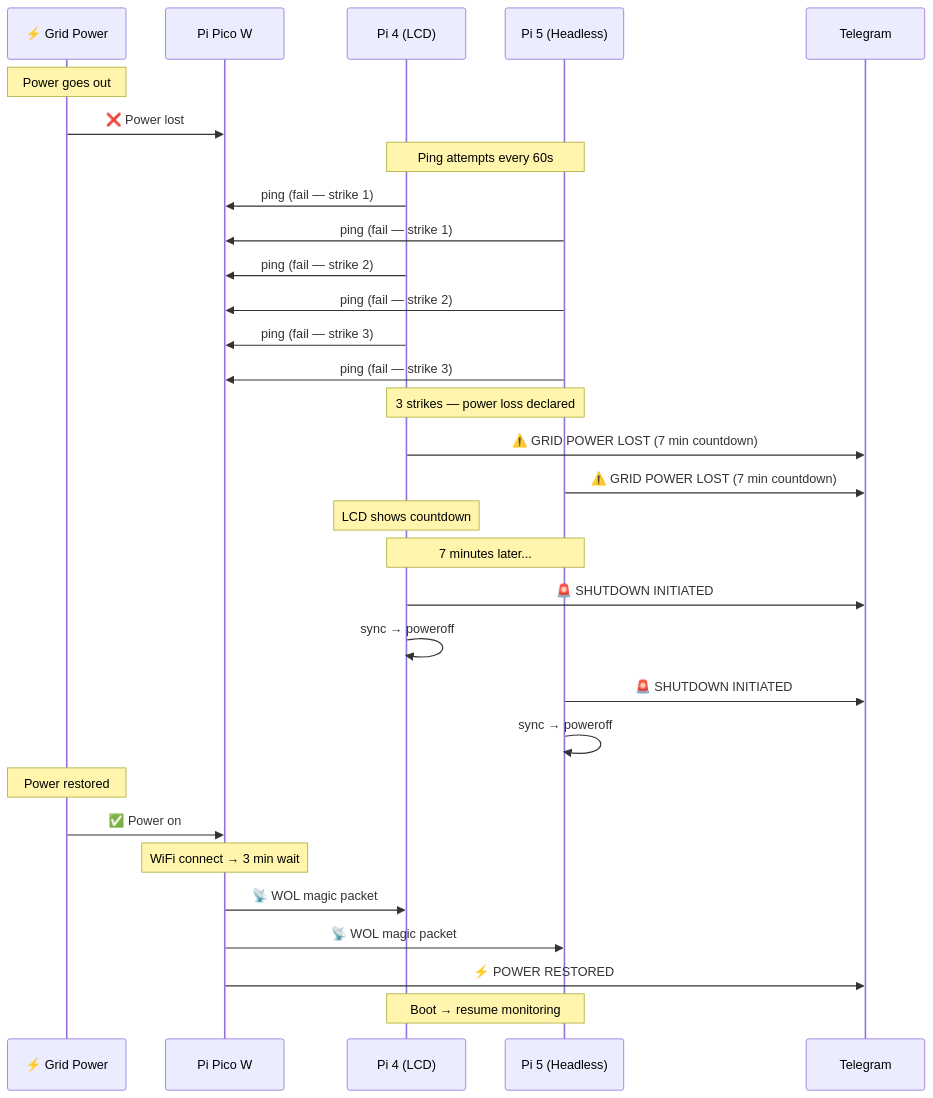
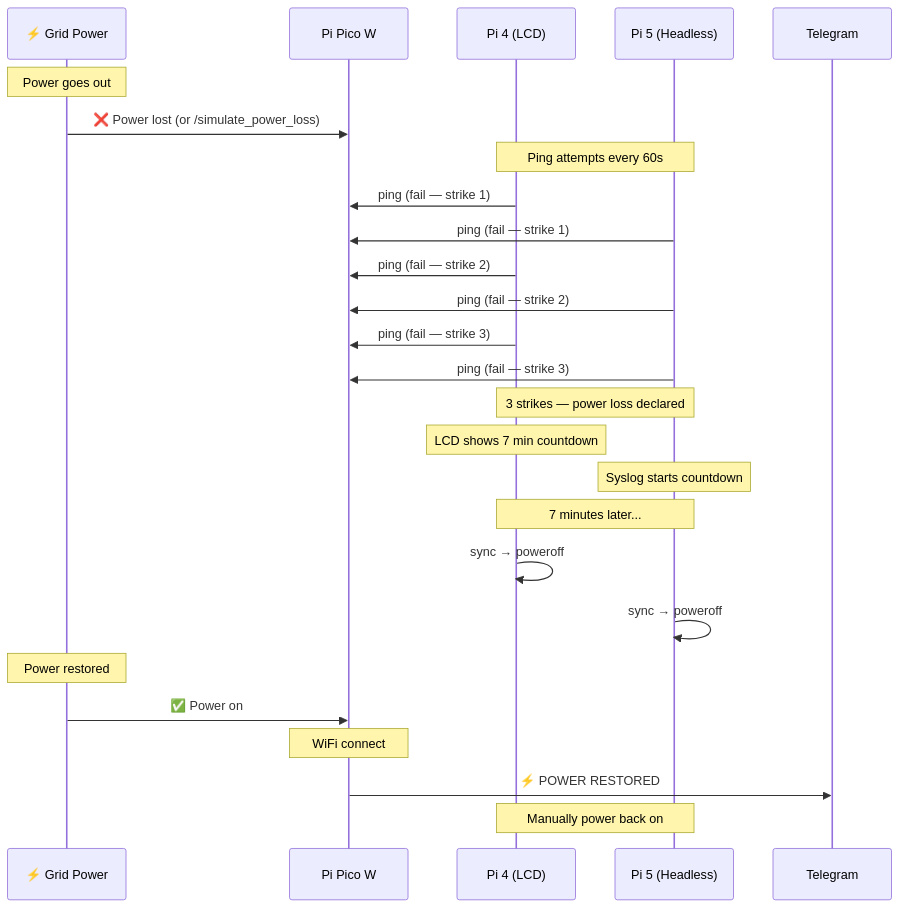
One commit to sagniKdas53/home-mesh changed the second of 3 diagrams in README.md. Above: the diagram before and after it, drawn with Mermaid. The commit also changed other lines of this file and 5 other files, not shown here.

````diff
--- a/README.md
+++ b/README.md
@@ -45,38 +37,33 @@
 ```mermaid
 sequenceDiagram
     participant Grid as ⚡ Grid Power
     participant Pico as Pi Pico W
     participant Pi4 as Pi 4 (LCD)
     participant Pi5 as Pi 5 (Headless)
     participant TG as Telegram
 
     Note over Grid: Power goes out
-    Grid->>Pico: ❌ Power lost
+    Grid->>Pico: ❌ Power lost (or /simulate_power_loss)
     
     Note over Pi4,Pi5: Ping attempts every 60s
     Pi4->>Pico: ping (fail — strike 1)
     Pi5->>Pico: ping (fail — strike 1)
     Pi4->>Pico: ping (fail — strike 2)
     Pi5->>Pico: ping (fail — strike 2)
     Pi4->>Pico: ping (fail — strike 3)
     Pi5->>Pico: ping (fail — strike 3)
     
     Note over Pi4,Pi5: 3 strikes — power loss declared
-    Pi4->>TG: ⚠️ GRID POWER LOST (7 min countdown)
-    Pi5->>TG: ⚠️ GRID POWER LOST (7 min countdown)
-    Note over Pi4: LCD shows countdown
+    Note over Pi4: LCD shows 7 min countdown
+    Note over Pi5: Syslog starts countdown
 
     Note over Pi4,Pi5: 7 minutes later...
-    Pi4->>TG: 🚨 SHUTDOWN INITIATED
     Pi4->>Pi4: sync → poweroff
-    Pi5->>TG: 🚨 SHUTDOWN INITIATED
     Pi5->>Pi5: sync → poweroff
 
     Note over Grid: Power restored
     Grid->>Pico: ✅ Power on
-    Note over Pico: WiFi connect → 3 min wait
-    Pico->>Pi4: 📡 WOL magic packet
-    Pico->>Pi5: 📡 WOL magic packet
+    Note over Pico: WiFi connect
     Pico->>TG: ⚡ POWER RESTORED
-    Note over Pi4,Pi5: Boot → resume monitoring
+    Note over Pi4,Pi5: Manually power back on
 ```
````
